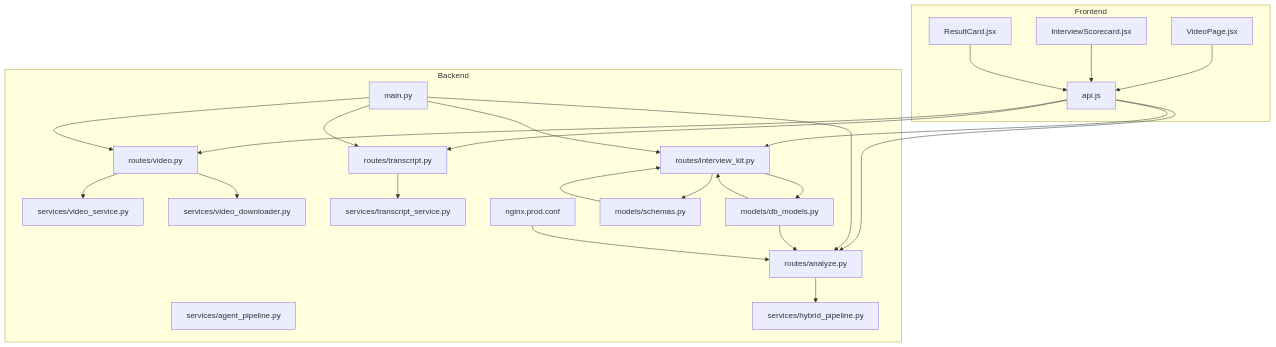
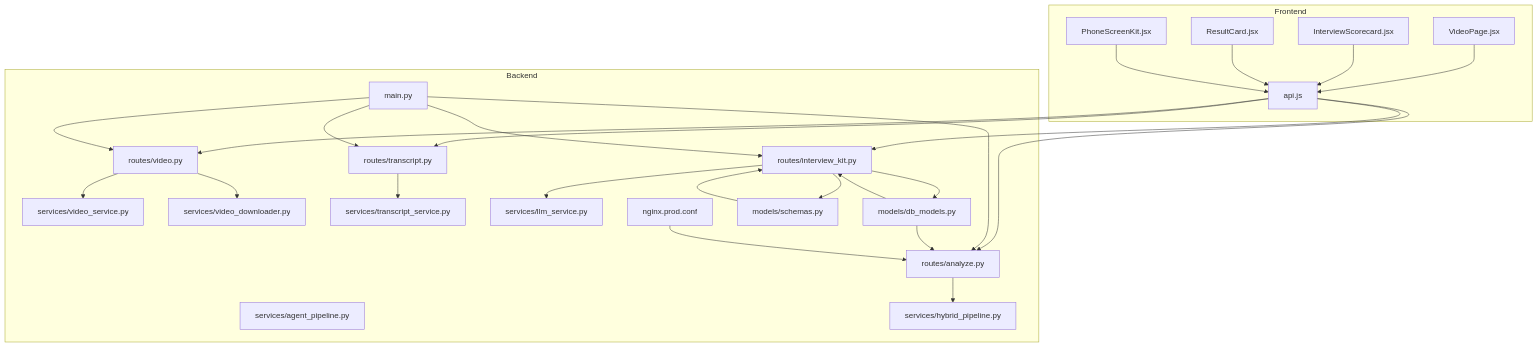
Before and after one commit to Revanththetalogics/aireume: the first of 13 diagrams in .qoder/repowiki/en/content/Video Analysis/Interview Analysis Workflow.md, drawn with Mermaid. The commit also changed other lines of this file and 7 other files, not shown here.

Commit message:
refactor: remove redundant screen kit from report, auto-hide empty scorecard

````diff
--- a/.qoder/repowiki/en/content/Video Analysis/Interview Analysis Workflow.md
+++ b/.qoder/repowiki/en/content/Video Analysis/Interview Analysis Workflow.md
@@ -57,45 +63,49 @@
 ```mermaid
 graph TB
 subgraph "Frontend"
 VP["VideoPage.jsx"]
 IS["InterviewScorecard.jsx"]
 RC["ResultCard.jsx"]
+PSK["PhoneScreenKit.jsx"]
 API["api.js"]
 end
 subgraph "Backend"
 ROUTE_VIDEO["routes/video.py"]
 ROUTE_TRANSCRIPT["routes/transcript.py"]
 ROUTE_ANALYZE["routes/analyze.py"]
 ROUTE_KIT["routes/interview_kit.py"]
 SVC_VIDEO["services/video_service.py"]
 SVC_DOWN["services/video_downloader.py"]
 SVC_TRANSCRIPT["services/transcript_service.py"]
 SVC_AGENT["services/agent_pipeline.py"]
 PIPELINE["services/hybrid_pipeline.py"]
+SVC_LLM["services/llm_service.py"]
 MAIN["main.py"]
 MODELS["models/db_models.py"]
 SCHEMAS["models/schemas.py"]
 NGINX["nginx.prod.conf"]
 end
 VP --> API
 IS --> API
 RC --> API
+PSK --> API
 API --> ROUTE_VIDEO
 API --> ROUTE_TRANSCRIPT
 API --> ROUTE_ANALYZE
 API --> ROUTE_KIT
 ROUTE_VIDEO --> SVC_VIDEO
 ROUTE_VIDEO --> SVC_DOWN
 ROUTE_TRANSCRIPT --> SVC_TRANSCRIPT
 ROUTE_ANALYZE --> PIPELINE
 ROUTE_KIT --> MODELS
 ROUTE_KIT --> SCHEMAS
+ROUTE_KIT --> SVC_LLM
 MAIN --> ROUTE_VIDEO
 MAIN --> ROUTE_TRANSCRIPT
 MAIN --> ROUTE_ANALYZE
 MAIN --> ROUTE_KIT
 MODELS --> ROUTE_ANALYZE
 MODELS --> ROUTE_KIT
 SCHEMAS --> ROUTE_KIT
 NGINX --> ROUTE_ANALYZE
 ```
````
